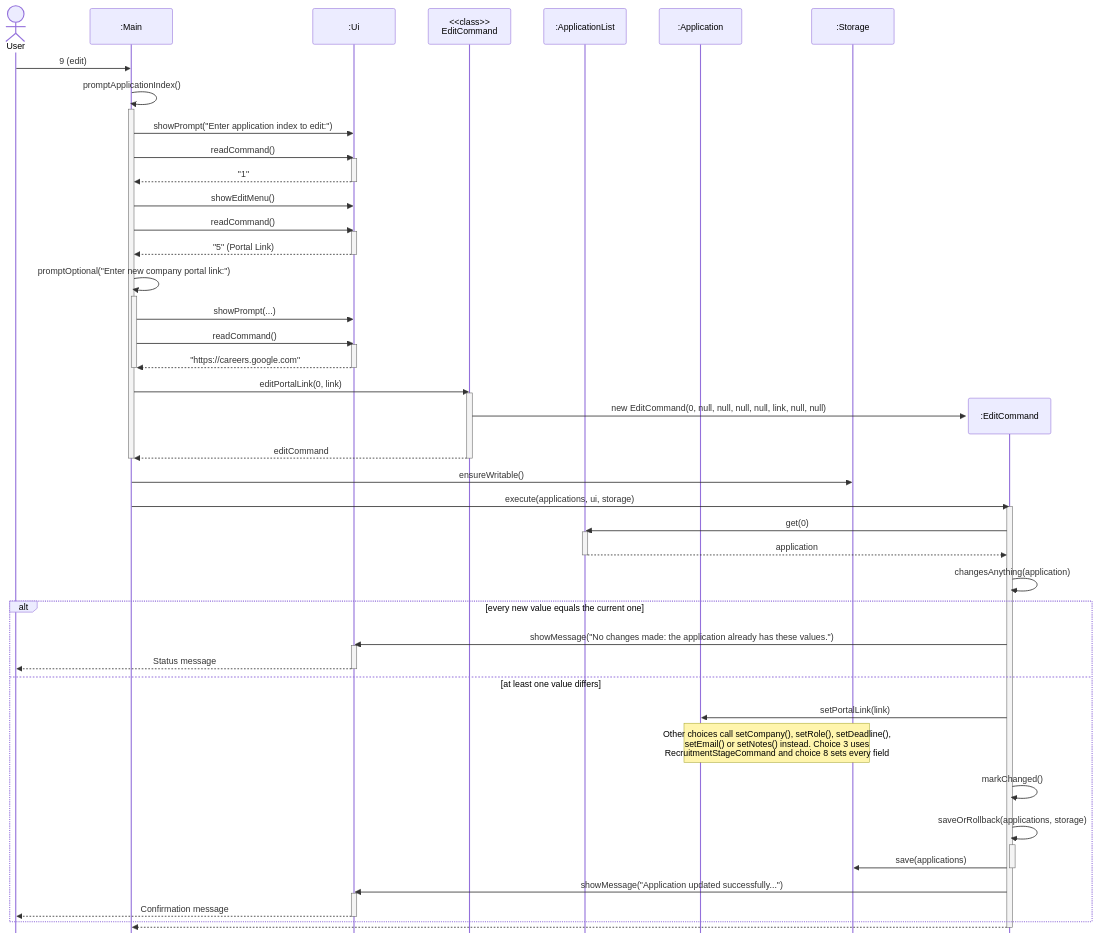
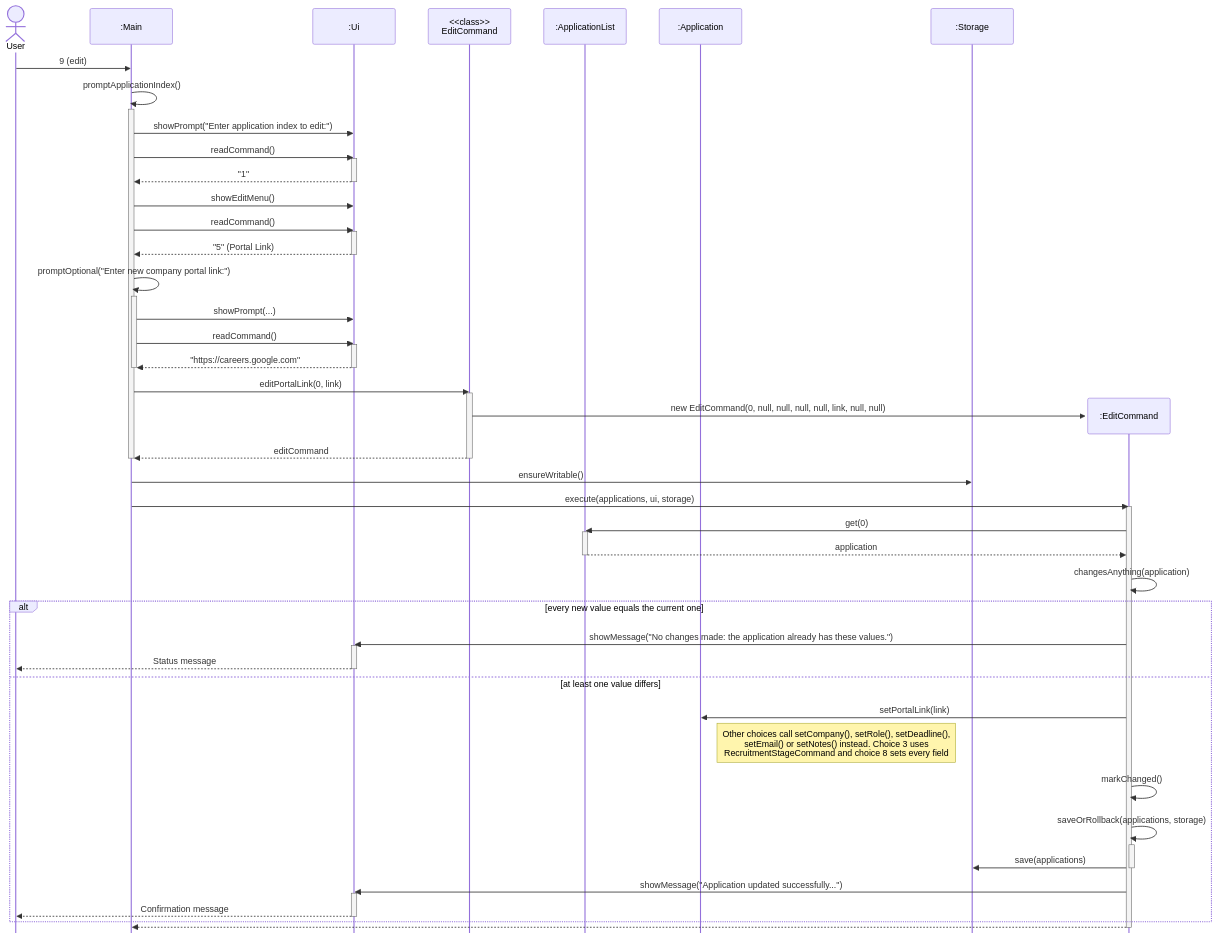
The diagram in docs/diagrams/sources/edit-application-sequence.mmd (AY2627S1-CS2113-T10-2/tp), drawn with Mermaid before and after one commit. The commit also changed 21 other files, not shown here.

Commit message:
fix UML diagrams drawings v2

```diff
--- a/docs/diagrams/sources/edit-application-sequence.mmd
+++ b/docs/diagrams/sources/edit-application-sequence.mmd
@@ -1,67 +1,67 @@
 %%{init: {'theme': 'default', 'themeCSS': '.actor-line{stroke-dasharray:6 5;} .loopLine{stroke-dasharray:none;}', 'sequence': {'mirrorActors': false, 'actorMargin': 60, 'messageMargin': 28}}}%%
 sequenceDiagram
     actor user as User
     participant main as :Main
     participant ui as :Ui
     participant ecls as <<class>><br/>EditCommand
     participant list as :ApplicationList
     participant app as :Application
     participant storage as :Storage
 
     user->>main: 9 (edit)
     main->>main: promptApplicationIndex()
     activate main
     main->>ui: showPrompt("Enter application index to edit:")
     main->>ui: readCommand()
     activate ui
     ui-->>main: "1"
     deactivate ui
     main->>ui: showEditMenu()
     main->>ui: readCommand()
     activate ui
     ui-->>main: "5" (Portal Link)
     deactivate ui
     main->>main: promptOptional("Enter new company portal link:")
     activate main
     main->>ui: showPrompt(...)
     main->>ui: readCommand()
     activate ui
     ui-->>main: "https://careers.google.com"
     deactivate ui
     deactivate main
     main->>ecls: editPortalLink(0, link)
     activate ecls
     create participant cmd as :EditCommand
     ecls->>cmd: new EditCommand(0, null, null, null, null, link, null, null)
     ecls-->>main: editCommand
     deactivate ecls
     deactivate main
     main->>storage: ensureWritable()
     main->>cmd: execute(applications, ui, storage)
     activate cmd
     cmd->>list: get(0)
     activate list
     list-->>cmd: application
     deactivate list
     cmd->>cmd: changesAnything(application)
 
     alt every new value equals the current one
         cmd->>ui: showMessage("No changes made: the application already has these values.")
         activate ui
         ui-->>user: Status message
         deactivate ui
     else at least one value differs
         cmd->>app: setPortalLink(link)
-        Note over app,storage: Other choices call setCompany(), setRole(), setDeadline(),<br/>setEmail() or setNotes() instead. Choice 3 uses<br/>RecruitmentStageCommand and choice 8 sets every field
+        Note right of app: Other choices call setCompany(), setRole(), setDeadline(),<br/>setEmail() or setNotes() instead. Choice 3 uses<br/>RecruitmentStageCommand and choice 8 sets every field
         cmd->>cmd: markChanged()
         cmd->>cmd: saveOrRollback(applications, storage)
         activate cmd
         cmd->>storage: save(applications)
         deactivate cmd
         cmd->>ui: showMessage("Application updated successfully...")
         activate ui
         ui-->>user: Confirmation message
         deactivate ui
     end
     cmd-->>main:
     deactivate cmd
```
